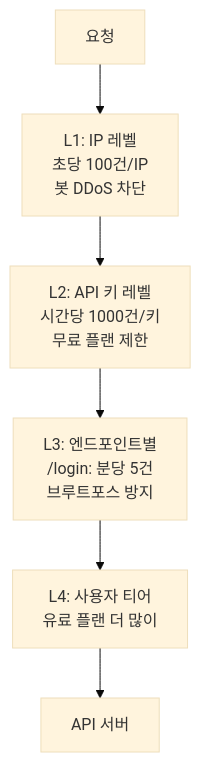
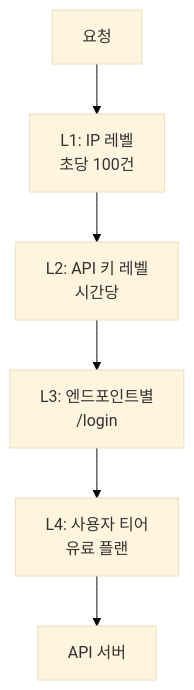
The sixth of 7 diagrams in _posts/systemdesign/2026-05-02-system-design-rate-limiter.md (yjkim2015/yjkim2015.github.io), drawn with Mermaid (base theme) before and after one commit. The commit also changed other lines of this file and 271 other files, not shown here.

First line of the commit message:
Mermaid 라벨 축소: 긴 노드 텍스트 18자 이하로 트림 + \n 제거

````diff
--- a/_posts/systemdesign/2026-05-02-system-design-rate-limiter.md
+++ b/_posts/systemdesign/2026-05-02-system-design-rate-limiter.md
@@ -210,8 +210,8 @@
 ```mermaid
 graph TD
-    Req["요청"] --> L1["L1: IP 레벨\n초당 100건/IP\n봇 DDoS 차단"]
-    L1 --> L2["L2: API 키 레벨\n시간당 1000건/키\n무료 플랜 제한"]
-    L2 --> L3["L3: 엔드포인트별\n/login: 분당 5건\n브루트포스 방지"]
-    L3 --> L4["L4: 사용자 티어\n유료 플랜 더 많이"]
+    Req["요청"] --> L1["L1: IP 레벨\n초당 100건"]
+    L1 --> L2["L2: API 키 레벨\n시간당"]
+    L2 --> L3["L3: 엔드포인트별\n/login"]
+    L3 --> L4["L4: 사용자 티어\n유료 플랜"]
     L4 --> API["API 서버"]
 ```
````
